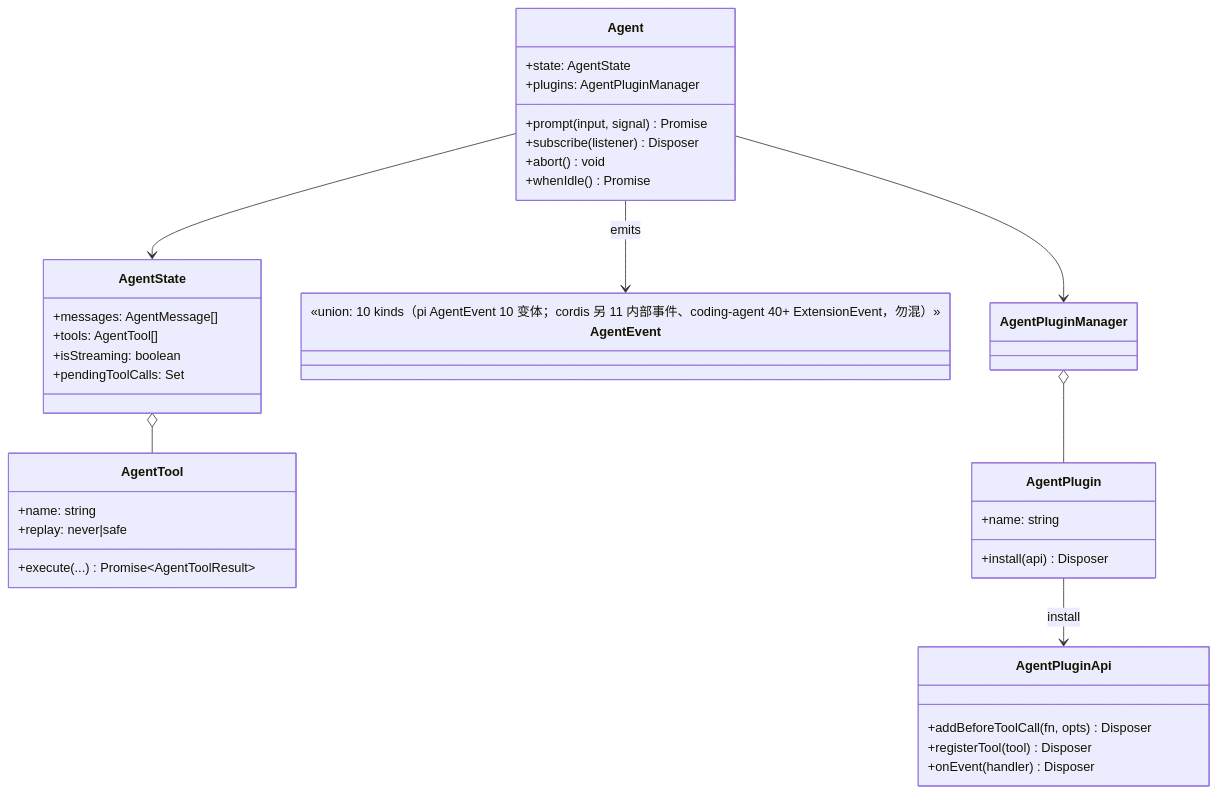
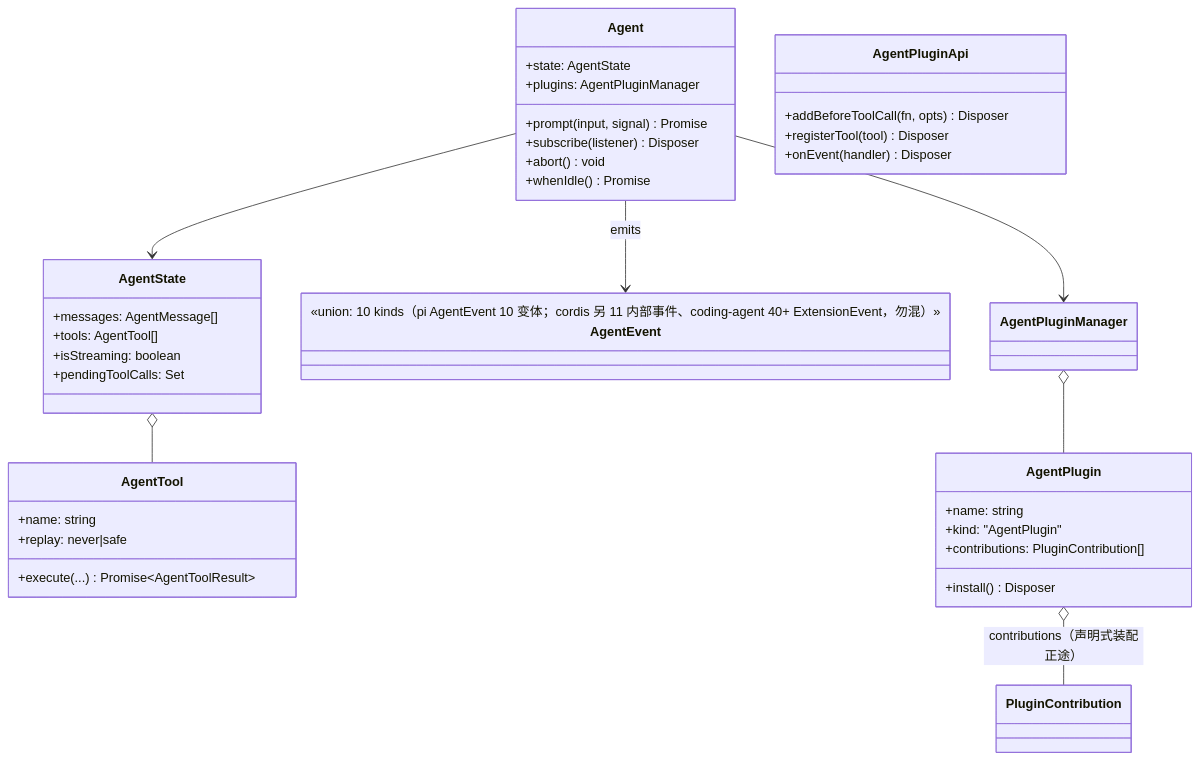
Before and after one commit to jesspig/zeta-agent: the first of 2 diagrams in docs/desgin/agent-framework/runtime.md, drawn with Mermaid. The commit also changed other lines of this file and 1 other file, not shown here.

````diff
--- a/docs/desgin/agent-framework/runtime.md
+++ b/docs/desgin/agent-framework/runtime.md
@@ -261,40 +285,42 @@
 ```mermaid
 classDiagram
     class Agent {
       +state: AgentState
       +plugins: AgentPluginManager
       +prompt(input, signal) Promise
       +subscribe(listener) Disposer
       +abort() void
       +whenIdle() Promise
     }
     class AgentState {
       +messages: AgentMessage[]
       +tools: AgentTool[]
       +isStreaming: boolean
       +pendingToolCalls: Set
     }
     class AgentEvent {
       <<union: 10 kinds（pi AgentEvent 10 变体；cordis 另 11 内部事件、coding-agent 40+ ExtensionEvent，勿混）>>
     }
     class AgentTool {
       +name: string
       +execute(...) Promise~AgentToolResult~
       +replay: never|safe
     }
     class AgentPlugin {
       +name: string
-      +install(api) Disposer
+      +kind: "AgentPlugin"
+      +contributions: PluginContribution[]
+      +install() Disposer
     }
     class AgentPluginApi {
       +addBeforeToolCall(fn, opts) Disposer
       +registerTool(tool) Disposer
       +onEvent(handler) Disposer
     }
     Agent --> AgentState
     Agent --> AgentPluginManager
     AgentPluginManager o-- AgentPlugin
-    AgentPlugin --> AgentPluginApi : install
+    AgentPlugin o-- PluginContribution : contributions（声明式装配正途）
     Agent --> AgentEvent : emits
     AgentState o-- AgentTool
 ```
````
